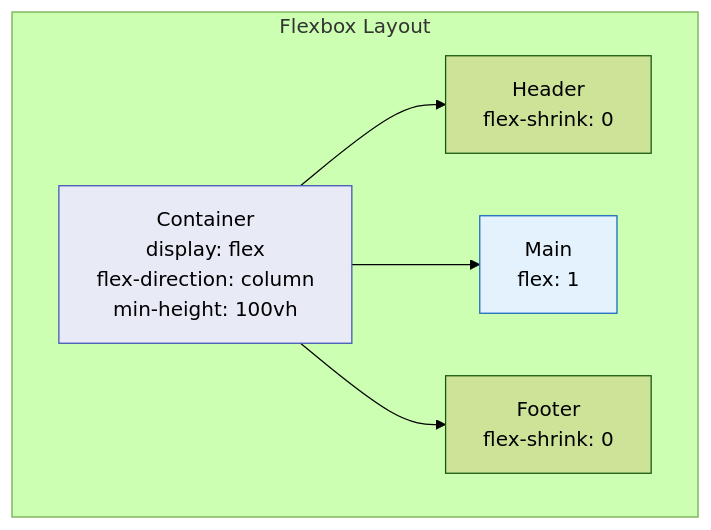
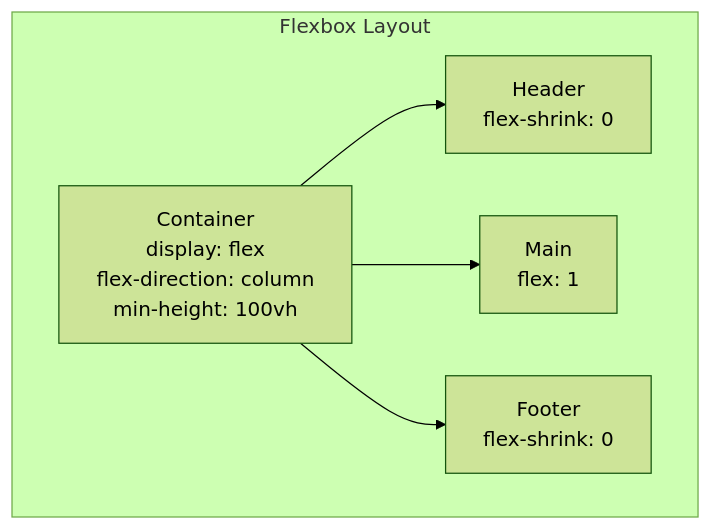
Before and after one commit to o2alexanderfedin/angular-cas-disot: the fourth of 6 diagrams in docs/components/layout-components.md, drawn with Mermaid (forest theme). The commit also changed other lines of this file and 18 other files, not shown here.

````diff
--- a/docs/components/layout-components.md
+++ b/docs/components/layout-components.md
@@ -237,16 +234,16 @@
 ```mermaid
 graph TD
     subgraph "Flexbox Layout"
         CONTAINER[Container<br/>display: flex<br/>flex-direction: column<br/>min-height: 100vh]
         HEADER[Header<br/>flex-shrink: 0]
         MAIN[Main<br/>flex: 1]
         FOOTER[Footer<br/>flex-shrink: 0]
     end
     
     CONTAINER --> HEADER
     CONTAINER --> MAIN
     CONTAINER --> FOOTER
     
-    style CONTAINER fill:#e8eaf6,stroke:#3f51b5
-    style MAIN fill:#e3f2fd,stroke:#1565c0
+    
+    
 ```
````
